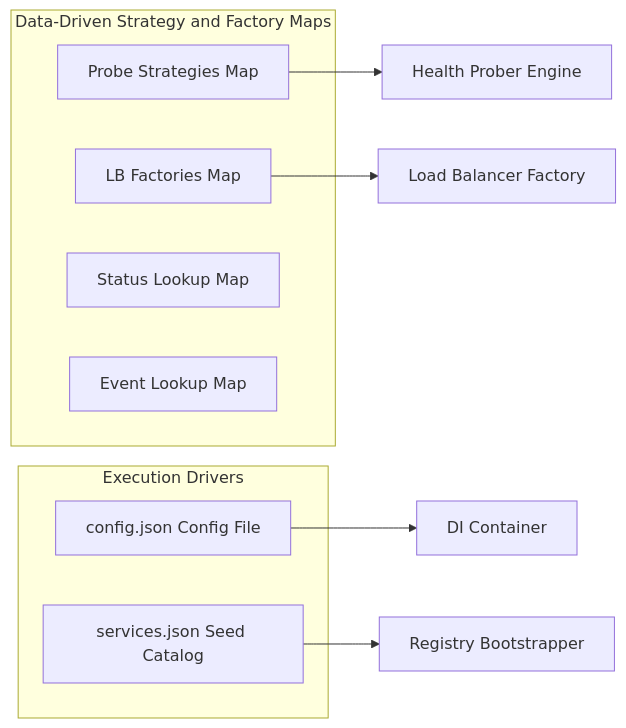
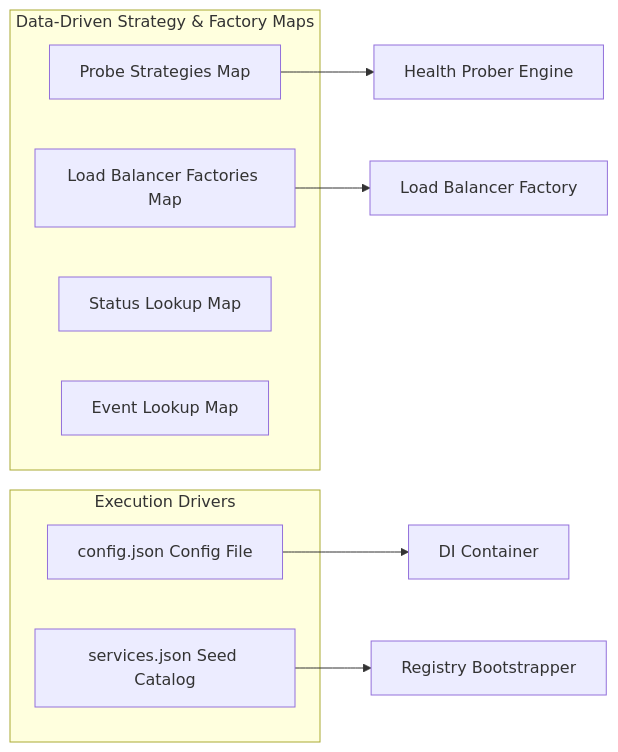
Before and after one commit to Chief-Strategist-J/llm-observability-platform: the sixth of 6 diagrams in packages/configs/llm-obs-infra/docs/architectureDoc/adr-0009-service-registry-and-discovery.md, drawn with Mermaid. The commit also changed other lines of this file, not shown here.

Commit message:
fix(docs): refactor lease sweep flowchart to pure DAG in ADR-0009 to fix Dagre distance rendering error

````diff
--- a/packages/configs/llm-obs-infra/docs/architectureDoc/adr-0009-service-registry-and-discovery.md
+++ b/packages/configs/llm-obs-infra/docs/architectureDoc/adr-0009-service-registry-and-discovery.md
@@ -464,19 +469,19 @@
 ```mermaid
 graph LR
-    subgraph StrategyMaps["Data-Driven Strategy and Factory Maps"]
+    subgraph Maps["Data-Driven Strategy & Factory Maps"]
         PStrategies["Probe Strategies Map"]
-        LBFactories["LB Factories Map"]
+        LBFactories["Load Balancer Factories Map"]
         StatusNames["Status Lookup Map"]
         EventNames["Event Lookup Map"]
     end
 
-    subgraph ExecutionDrivers["Execution Drivers"]
+    subgraph Drivers["Execution Drivers"]
         ConfigJSON["config.json Config File"]
         SeedJSON["services.json Seed Catalog"]
     end
 
     PStrategies --> HealthProberEngine["Health Prober Engine"]
     LBFactories --> LoadBalancerFactory["Load Balancer Factory"]
     ConfigJSON --> DIContainer["DI Container"]
     SeedJSON --> RegistryBootstrapper["Registry Bootstrapper"]
 ```
````
